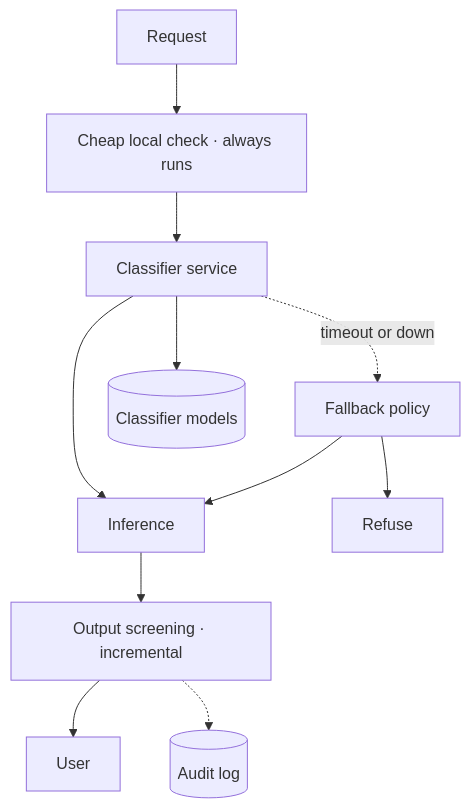
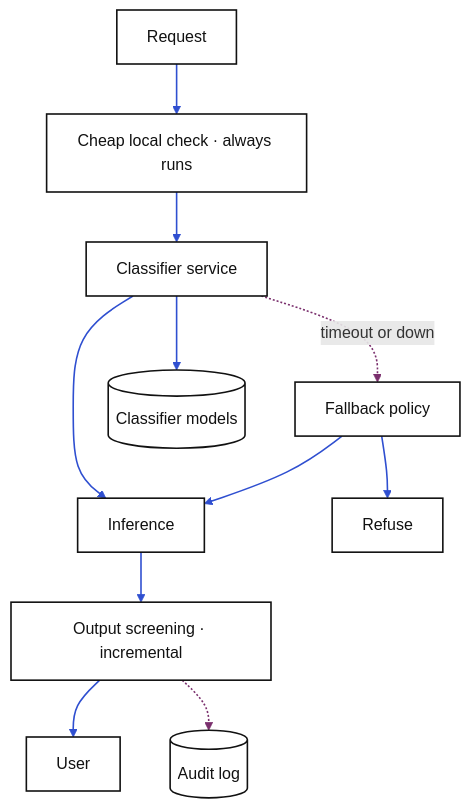
One commit to kkanakka/kkanakka.github.io changed the diagram in diagrams-src/infra-safeguards/architecture.mmd. Above: the diagram before and after it, drawn with Mermaid. The commit also changed 115 other files, not shown here.

First line of the commit message:
Restyle architecture diagrams: black on white, blue sync, purple async

```diff
--- a/diagrams-src/infra-safeguards/architecture.mmd
+++ b/diagrams-src/infra-safeguards/architecture.mmd
@@ -1,13 +1,18 @@
 %% section: Design
 %% caption: Architecture
 flowchart TB
     REQ["Request"] --> CHEAP["Cheap local check · always runs"]
     CHEAP --> CLS["Classifier service"]
     CLS --> INF["Inference"]
     INF --> OUTCHK["Output screening · incremental"]
     OUTCHK --> U["User"]
     CLS -. "timeout or down" .-> POL["Fallback policy"]
     POL --> INF
     POL --> REFUSE["Refuse"]
     CLS --> MODEL[("Classifier models")]
     OUTCHK -.-> AUDIT[("Audit log")]
+%% --- style (generated by scripts/style-flowcharts.js) ---
+    classDef n fill:#ffffff,stroke:#111111,stroke-width:1.6px,color:#111111;
+    class REQ,CHEAP,CLS,INF,OUTCHK,U,POL,REFUSE,MODEL,AUDIT n;
+    linkStyle 0,1,2,3,4,6,7,8 stroke:#2f4fd0,stroke-width:1.6px;
+    linkStyle 5,9 stroke:#7a2f6d,stroke-width:1.6px;
```
